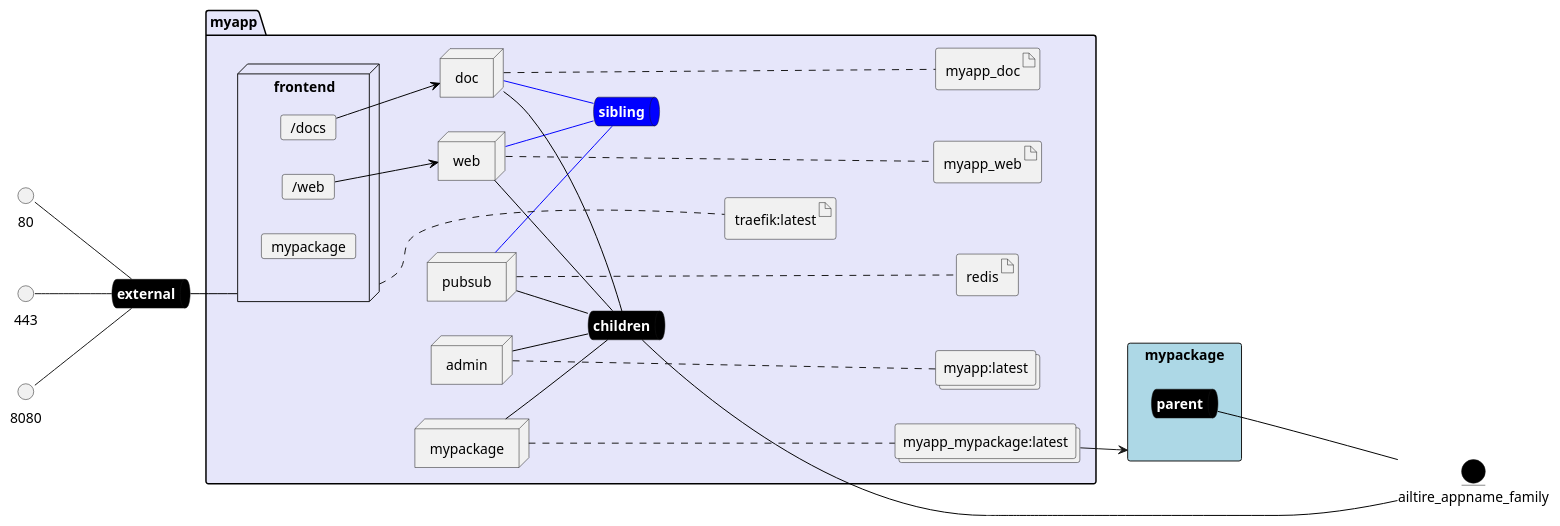
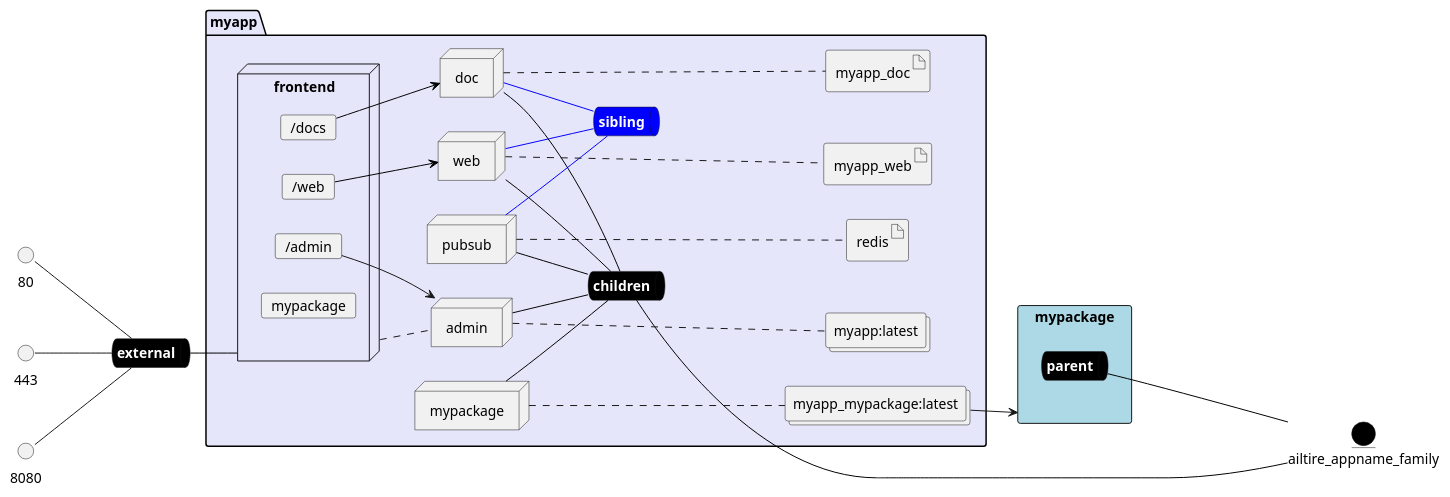
Before and after one commit to madajaju/ailtire: the diagram in docs/deployment.puml, drawn with PlantUML. The commit also changed 34 other files, not shown here.

```diff
--- a/docs/deployment.puml
+++ b/docs/deployment.puml
@@ -1,84 +1,84 @@
 @startuml
 
 left to right direction
 
 
 queue external #black [
     <b><color:white>external</color></b>
 ]
 
 interface 80
 80 -- external
 
 interface 443
 443 -- external
 
 interface 8080
 8080 -- external
 
 
 
 entity ailtire_appname_family #black
 
 rectangle "mypackage" as mypackageStack #lightblue {
     queue mypackageStacksnet #black [
         <b><color:white>parent</color></b>
     ]
 }
 
 
 
 package "myapp" #lavender {
     queue childrennet #black [
             <b><color:white>children</color></b>
     ]
 
     childrennet -[#black]- ailtire_appname_family
 
     queue siblingnet #blue [
             <b><color:white>sibling</color></b>
     ]
 
     node "frontend" as frontendService {
         card "/web" as webmap
         card "/docs" as docsmap
+        card "/admin" as adminmap
         card "mypackage" as mypackagemap
 
     }
     node "admin" as adminService
     node "mypackage" as mypackageService
     node "pubsub" as pubsubService
     node "web" as webService
     node "doc" as docService
 
     collections "myapp:latest" as myapplatestimage
     collections "myapp_mypackage:latest" as mypackagelatestimage
     artifact "redis" as redisimage
-    artifact "traefik:latest" as traefiklatestimage
     artifact "myapp_web" as myapp_webimage
     artifact "myapp_doc" as myapp_docimage
 
 }
 
 external -[#black]- frontendService
 webmap -[#black]-> webService
 docsmap -[#black]-> docService
 adminService -[#black]- childrennet
 mypackageService -[#black]- childrennet
 pubsubService -[#black]- childrennet
 pubsubService -[#blue]- siblingnet
 webService -[#blue]- siblingnet
 webService -[#black]- childrennet
 docService -[#blue]- siblingnet
 docService -[#black]- childrennet
 adminService .... myapplatestimage
 mypackageService .... mypackagelatestimage
 pubsubService .... redisimage
 webService .... myapp_webimage
 docService .... myapp_docimage
-frontendService .... traefiklatestimage
-
+frontendService .. adminService
+adminmap --> adminService
 mypackagelatestimage --> mypackageStack
 mypackageStacksnet --[#black]-- ailtire_appname_family
 
 @enduml
```
